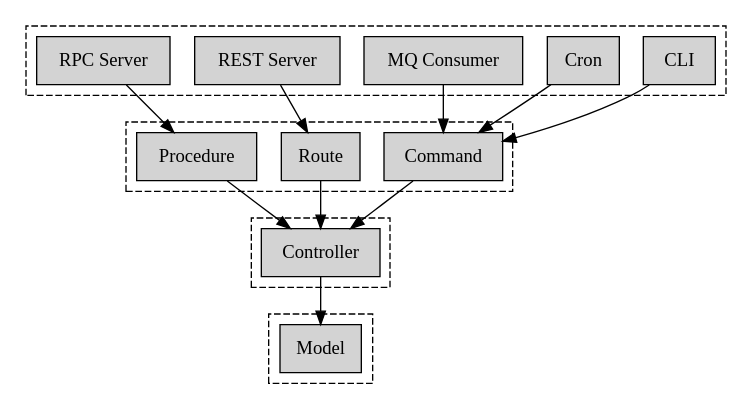
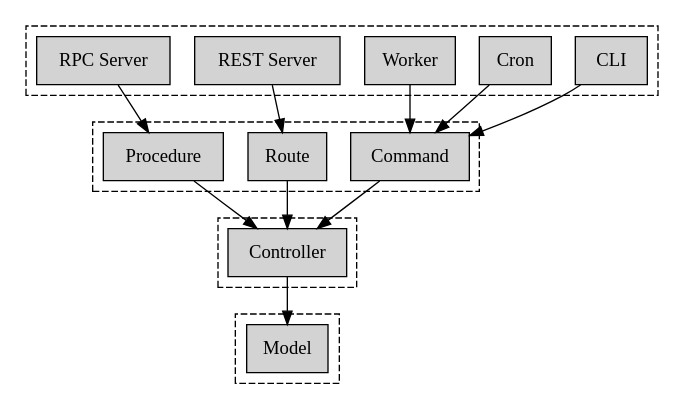
Before and after one commit to bsdelf/barebone-js: the diagram in docs/ideal.dot, drawn with Graphviz. The commit also changed 2 other files, not shown here.

```diff
--- a/docs/ideal.dot
+++ b/docs/ideal.dot
@@ -1,42 +1,42 @@
 digraph G {
     graph [rankdir=TB]
     node [shape=box style=filled]
 
     subgraph cluster_1 {
         style="dashed"
         cli [label="CLI"]
         cron [label="Cron"]
         restful [label="REST Server"]
         jsonrpc [label="RPC Server"]
-        worker [label="MQ Consumer"]
+        worker [label="Worker"]
     }
 
     subgraph cluster_2 {
         style="dashed"
         command [label="Command"]
         route [label="Route"]
         proc [label="Procedure"]
     }
 
     subgraph cluster_3 {
         style="dashed"
         controller [label="Controller"]
     }
 
     subgraph cluster_4 {
         style="dashed"
         model [label="Model"]
     }
 
     cli -> command
     cron -> command
     restful -> route
     jsonrpc -> proc
     worker -> command
 
     proc -> controller
     route -> controller
     command -> controller
 
     controller -> model
 }
```
